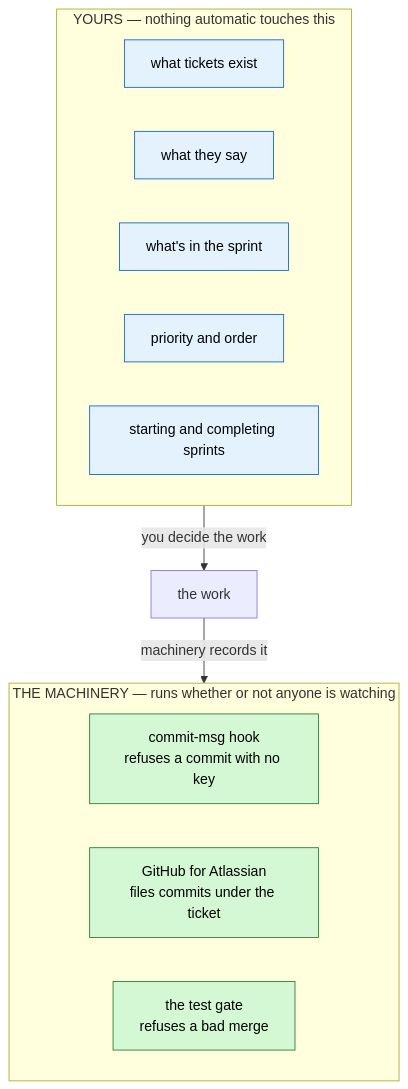
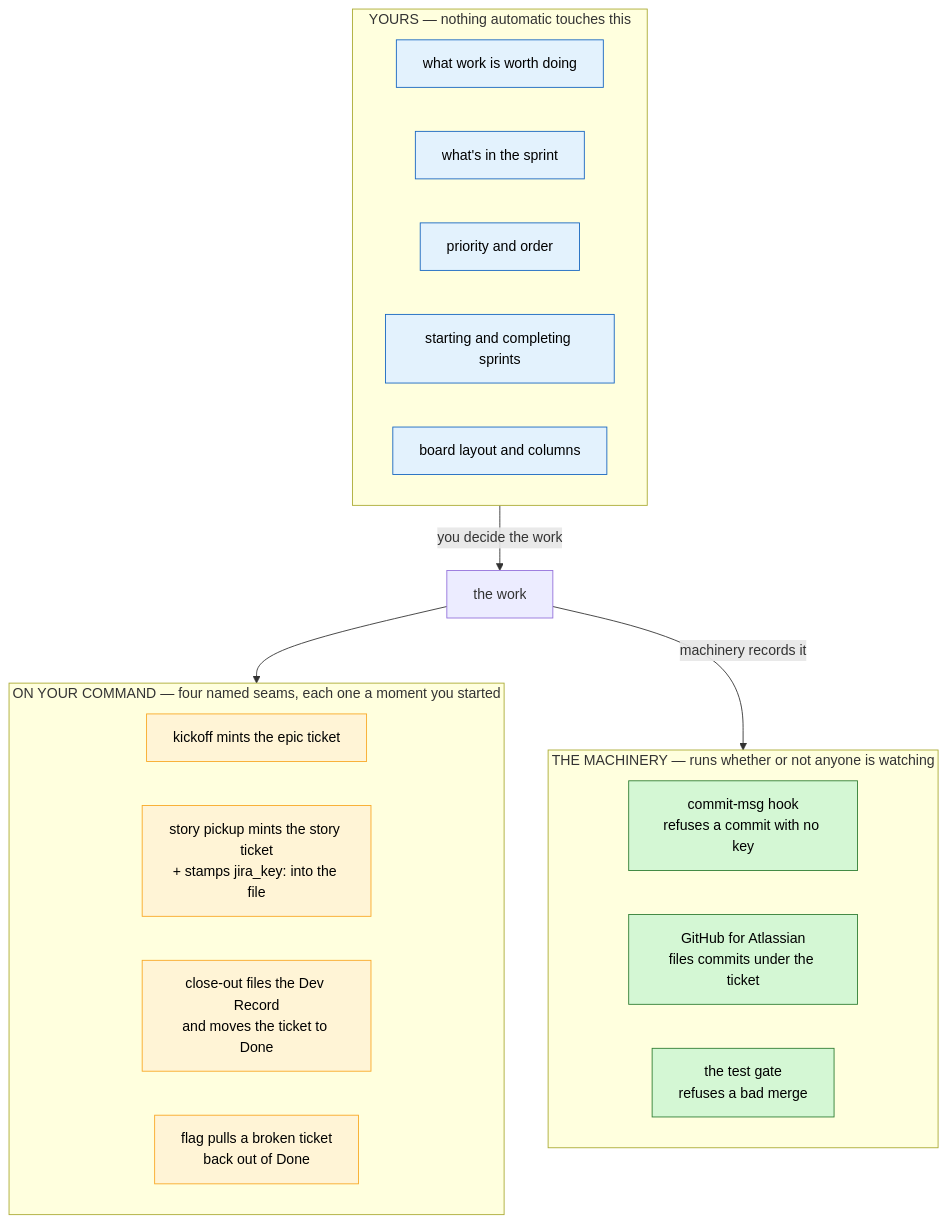
Before and after one commit to sudomadhatter/Sudo_Hatter_Command: the first of 5 diagrams in _my_resources/_quick_reference/jira_manual.md, drawn with Mermaid. The commit also changed other lines of this file and 3 other files, not shown here.

````diff
--- a/_my_resources/_quick_reference/jira_manual.md
+++ b/_my_resources/_quick_reference/jira_manual.md
@@ -17,22 +22,31 @@
 ```mermaid
 flowchart TD
     subgraph YOURS ["YOURS — nothing automatic touches this"]
-        Y1["what tickets exist"]
-        Y2["what they say"]
-        Y3["what's in the sprint"]
-        Y4["priority and order"]
-        Y5["starting and completing sprints"]
+        Y1["what work is worth doing"]
+        Y2["what's in the sprint"]
+        Y3["priority and order"]
+        Y4["starting and completing sprints"]
+        Y5["board layout and columns"]
+    end
+    subgraph SEAMS ["ON YOUR COMMAND — four named seams, each one a moment you started"]
+        S1["kickoff mints the epic ticket"]
+        S2["story pickup mints the story ticket\n+ stamps jira_key: into the file"]
+        S3["close-out files the Dev Record\nand moves the ticket to Done"]
+        S4["flag pulls a broken ticket\nback out of Done"]
     end
     subgraph MACHINE ["THE MACHINERY — runs whether or not anyone is watching"]
         M1["commit-msg hook\nrefuses a commit with no key"]
         M2["GitHub for Atlassian\nfiles commits under the ticket"]
         M3["the test gate\nrefuses a bad merge"]
     end
     YOURS -->|"you decide the work"| WORK["the work"]
+    WORK --> SEAMS
     WORK -->|"machinery records it"| MACHINE
 
     classDef mine fill:#e3f2fd,stroke:#1565c0,color:#000
     classDef auto fill:#d4f7d4,stroke:#2e7d32,color:#000
+    classDef seam fill:#fff4d6,stroke:#f9a825,color:#000
     class Y1,Y2,Y3,Y4,Y5 mine
     class M1,M2,M3 auto
+    class S1,S2,S3,S4 seam
 ```
````
